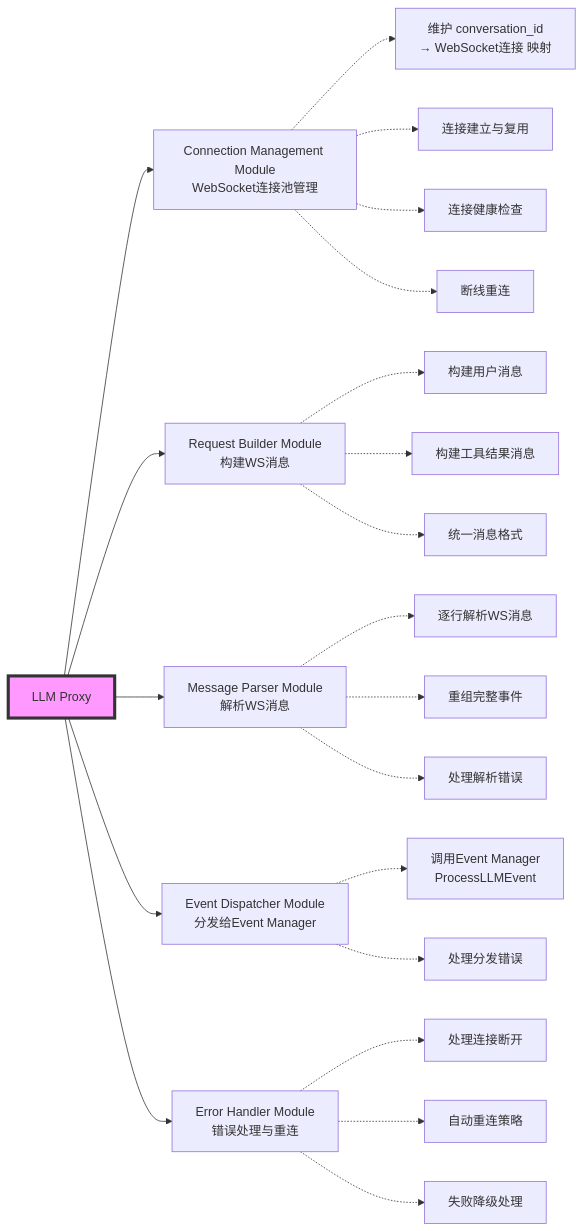
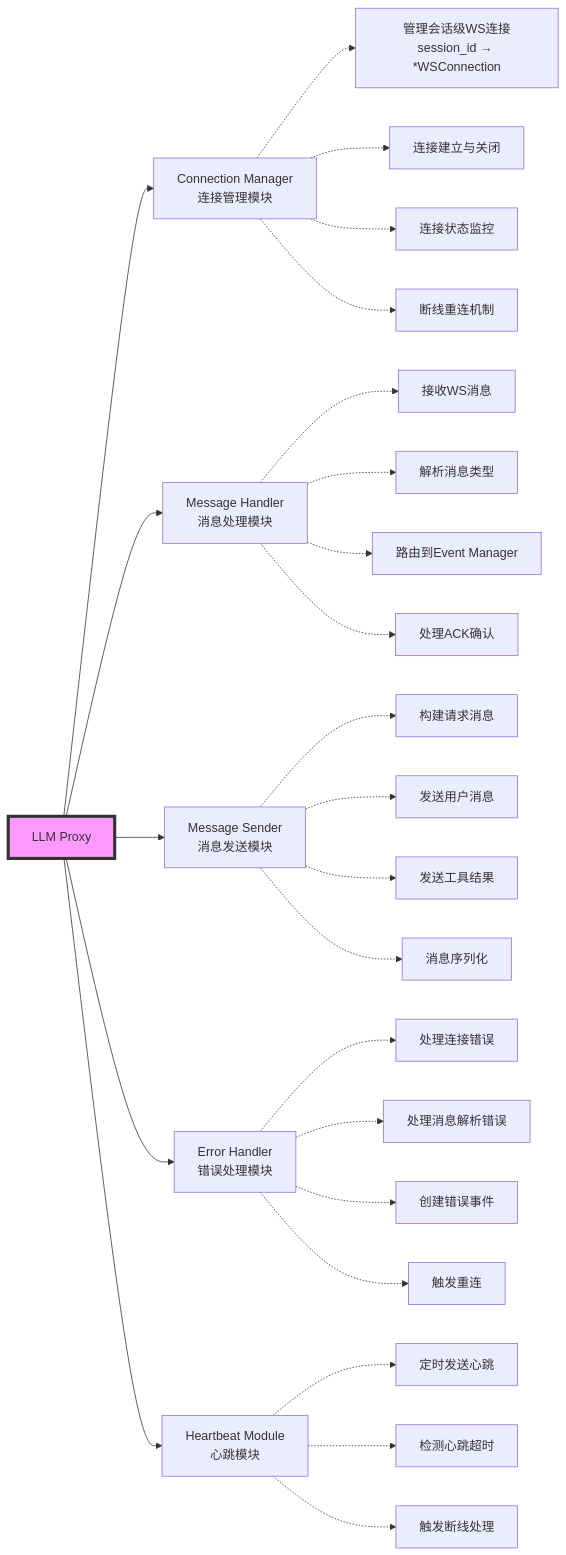
The diagram in all/未命名-10.md (yingjianzh/iodraw-files), drawn with Mermaid before and after one commit.

Commit message:
2025-12-25 17:01:39 update

````diff
--- a/all/未命名-10.md
+++ b/all/未命名-10.md
@@ -1,33 +1,36 @@
 ```mermaid
 graph LR
     LP[LLM Proxy]
     
-    LP --> CMM[Connection Management Module<br/>WebSocket连接池管理]
-    LP --> RBM[Request Builder Module<br/>构建WS消息]
-    LP --> MPM[Message Parser Module<br/>解析WS消息]
-    LP --> EDM[Event Dispatcher Module<br/>分发给Event Manager]
-    LP --> EHM[Error Handler Module<br/>错误处理与重连]
+    LP --> CM[Connection Manager<br/>连接管理模块]
+    LP --> MH[Message Handler<br/>消息处理模块]
+    LP --> MS[Message Sender<br/>消息发送模块]
+    LP --> EH[Error Handler<br/>错误处理模块]
+    LP --> HB[Heartbeat Module<br/>心跳模块]
     
-    CMM -.-> CMM1[维护 conversation_id<br/>→ WebSocket连接 映射]
-    CMM -.-> CMM2[连接建立与复用]
-    CMM -.-> CMM3[连接健康检查]
-    CMM -.-> CMM4[断线重连]
+    CM -.-> CM1[管理会话级WS连接<br/>session_id → *WSConnection]
+    CM -.-> CM2[连接建立与关闭]
+    CM -.-> CM3[连接状态监控]
+    CM -.-> CM4[断线重连机制]
     
-    RBM -.-> RBM1[构建用户消息]
-    RBM -.-> RBM2[构建工具结果消息]
-    RBM -.-> RBM3[统一消息格式]
+    MH -.-> MH1[接收WS消息]
+    MH -.-> MH2[解析消息类型]
+    MH -.-> MH3[路由到Event Manager]
+    MH -.-> MH4[处理ACK确认]
     
-    MPM -.-> MPM1[逐行解析WS消息]
-    MPM -.-> MPM2[重组完整事件]
-    MPM -.-> MPM3[处理解析错误]
+    MS -.-> MS1[构建请求消息]
+    MS -.-> MS2[发送用户消息]
+    MS -.-> MS3[发送工具结果]
+    MS -.-> MS4[消息序列化]
     
-    EDM -.-> EDM1[调用Event Manager<br/>ProcessLLMEvent]
-    EDM -.-> EDM2[处理分发错误]
+    EH -.-> EH1[处理连接错误]
+    EH -.-> EH2[处理消息解析错误]
+    EH -.-> EH3[创建错误事件]
+    EH -.-> EH4[触发重连]
     
-    EHM -.-> EHM1[处理连接断开]
-    EHM -.-> EHM2[自动重连策略]
-    EHM -.-> EHM3[失败降级处理]
+    HB -.-> HB1[定时发送心跳]
+    HB -.-> HB2[检测心跳超时]
+    HB -.-> HB3[触发断线处理]
     
     style LP fill:#f9f,stroke:#333,stroke-width:4px
-
 ```
````
